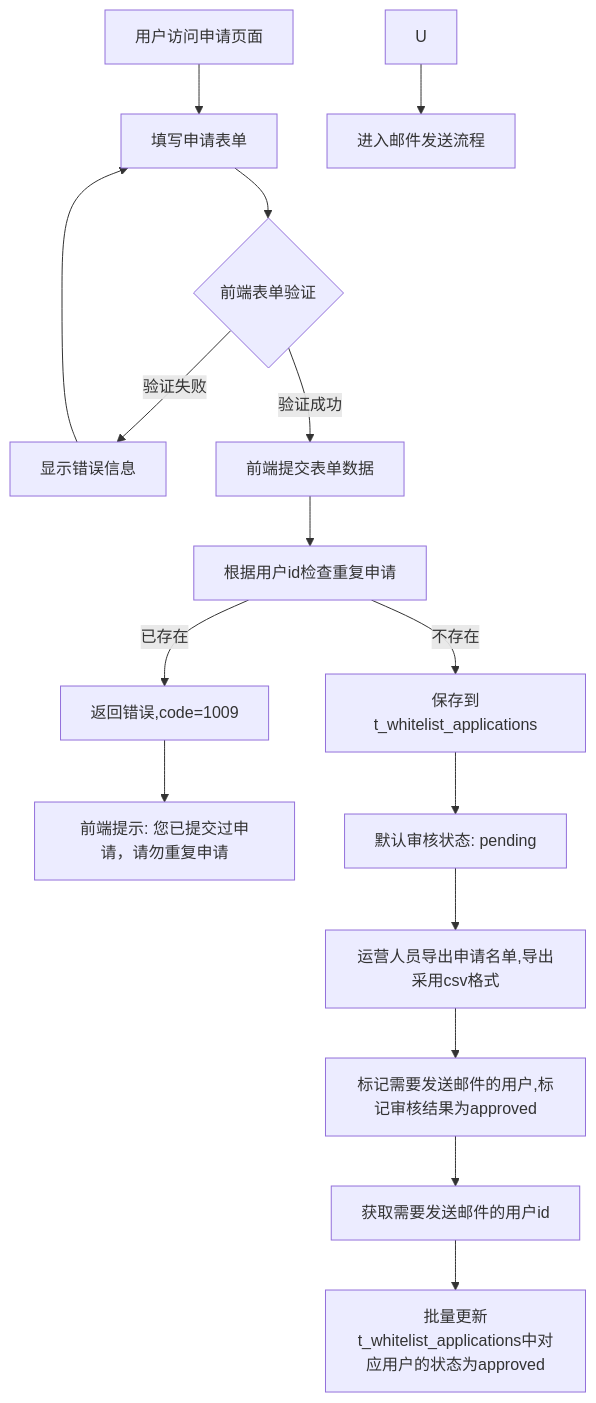
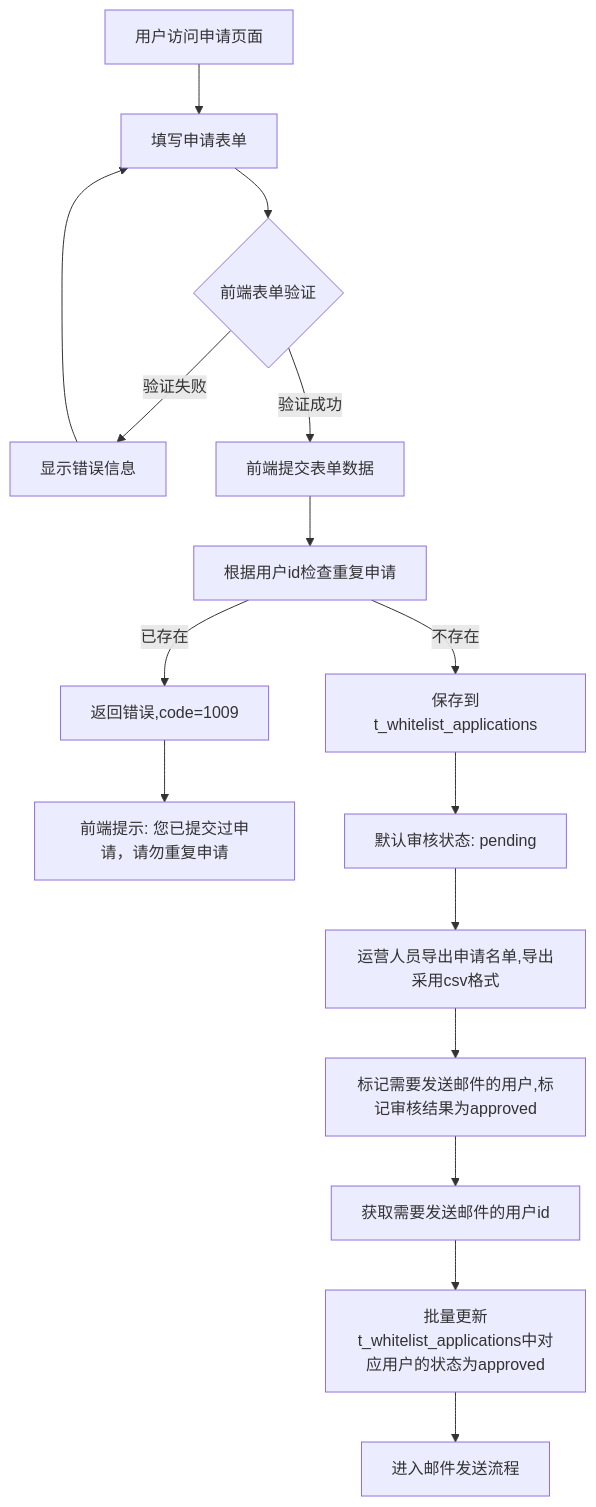
One commit to yingjianzh/iodraw-files changed the diagram in all/未命名-76.md. Above: the diagram before and after it, drawn with Mermaid.

Commit message:
2025-07-08 09:53:37 update

````diff
--- a/all/未命名-76.md
+++ b/all/未命名-76.md
@@ -1,21 +1,21 @@
 ```mermaid
 
 flowchart TD
     A[用户访问申请页面] --> B[填写申请表单]
     B --> C{前端表单验证}
     C -->|验证失败| D[显示错误信息]
     D --> B
     C -->|验证成功| E[前端提交表单数据]
     E --> F[根据用户id检查重复申请]
     F -->|已存在| G[返回错误,code=1009]
     G --> H[前端提示: 您已提交过申请，请勿重复申请]
     F -->|不存在| I[保存到t_whitelist_applications]
     I --> K[默认审核状态: pending]
     
     K --> P[运营人员导出申请名单,导出采用csv格式]
     P --> S[标记需要发送邮件的用户,标记审核结果为approved]
     S --> T1[获取需要发送邮件的用户id]
     T1--> T2[批量更新t_whitelist_applications中对应用户的状态为approved]
-    U --> V[进入邮件发送流程]
+    T2 --> V[进入邮件发送流程]
 
 ```
````
